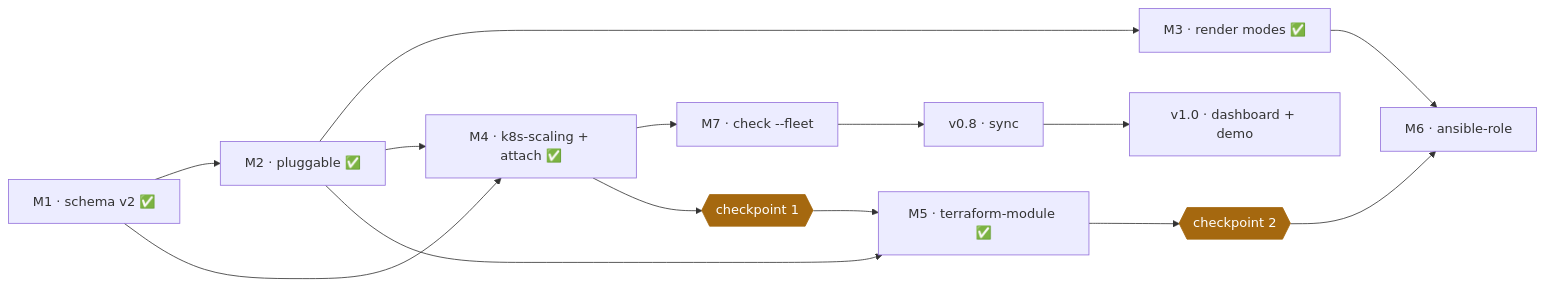
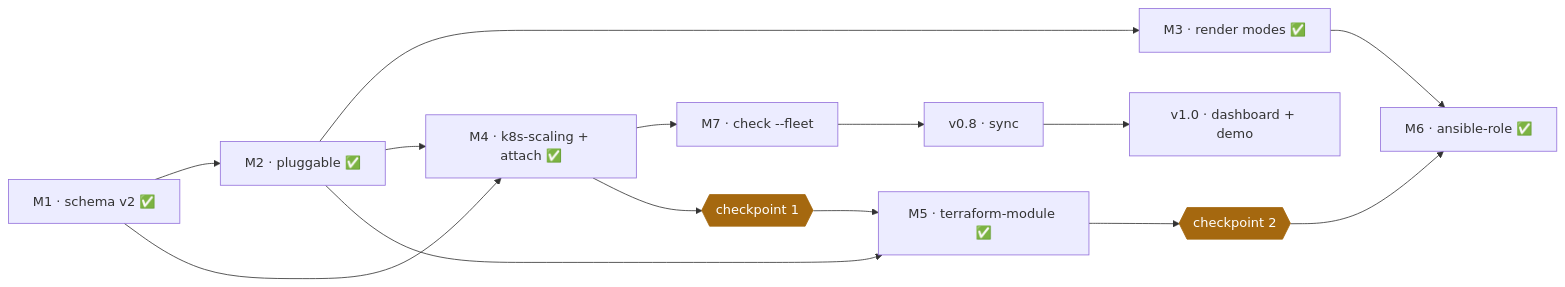
Before and after one commit to sameeralam3127/ansari: the diagram in docs/roadmap.md, drawn with Mermaid. The commit also changed other lines of this file and 20 other files, not shown here.

First line of the commit message:
Add ansible-role template (#31)

````diff
--- a/docs/roadmap.md
+++ b/docs/roadmap.md
@@ -23,19 +23,19 @@
 ```mermaid
 flowchart LR
     M1[M1 · schema v2 ✅] --> M2[M2 · pluggable ✅]
     M2 --> M3[M3 · render modes ✅]
     M1 --> M4[M4 · k8s-scaling + attach ✅]
     M2 --> M4
     M2 --> M5[M5 · terraform-module ✅]
-    M3 --> M6[M6 · ansible-role]
+    M3 --> M6[M6 · ansible-role ✅]
     M4 --> M7[M7 · check --fleet]
     M7 --> S[v0.8 · sync]
     S --> D[v1.0 · dashboard + demo]
 
     CP1{{checkpoint 1}}:::cp
     CP2{{checkpoint 2}}:::cp
     M4 --> CP1 --> M5
     M5 --> CP2 --> M6
 
     classDef cp fill:#a5680f,stroke:#a5680f,color:#fff
 ```
````
